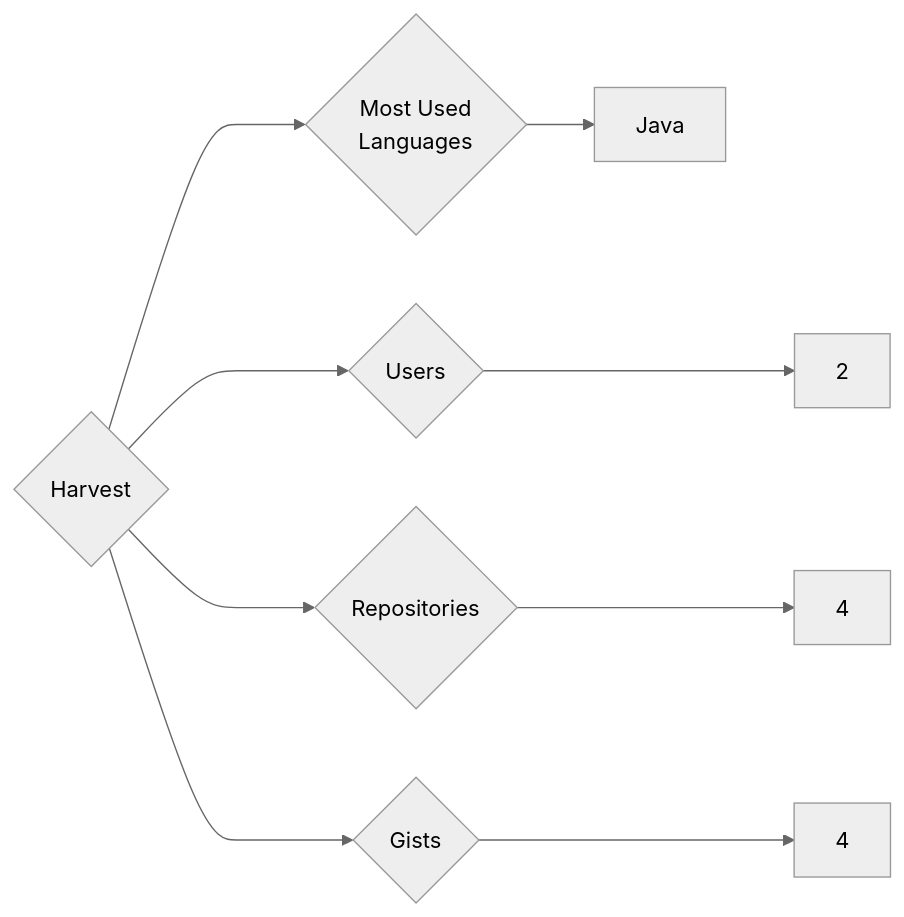
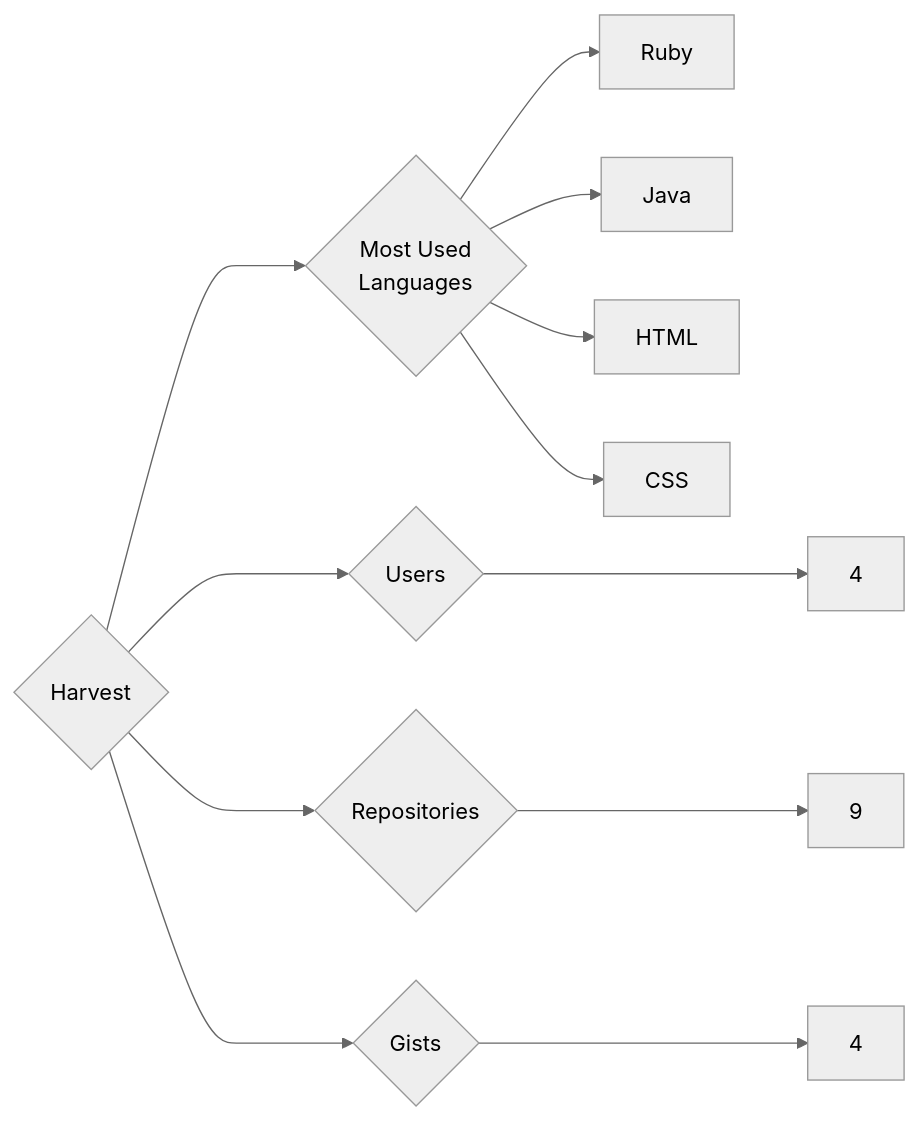
Before and after one commit to trickest/insiders: the diagram in targets/Harvest/README.md, drawn with Mermaid (neutral theme). The commit also changed 1084 other files, not shown here.

````diff
--- a/targets/Harvest/README.md
+++ b/targets/Harvest/README.md
@@ -3,9 +3,12 @@
 ```mermaid
 graph LR
 COMPANY_NAME{Harvest}
-COMPANY_NAME ---> U{Users} ---> UN[2]
-COMPANY_NAME ---> R{Repositories} ---> RN[4]
+COMPANY_NAME ---> U{Users} ---> UN[4]
+COMPANY_NAME ---> R{Repositories} ---> RN[9]
 COMPANY_NAME ---> G{Gists} ---> GN[4]
 COMPANY_NAME ---> ML{Most Used<br>Languages}
+ML --> Ruby[Ruby]
 ML --> Java[Java]
+ML --> HTML[HTML]
+ML --> CSS[CSS]
 ```
````
